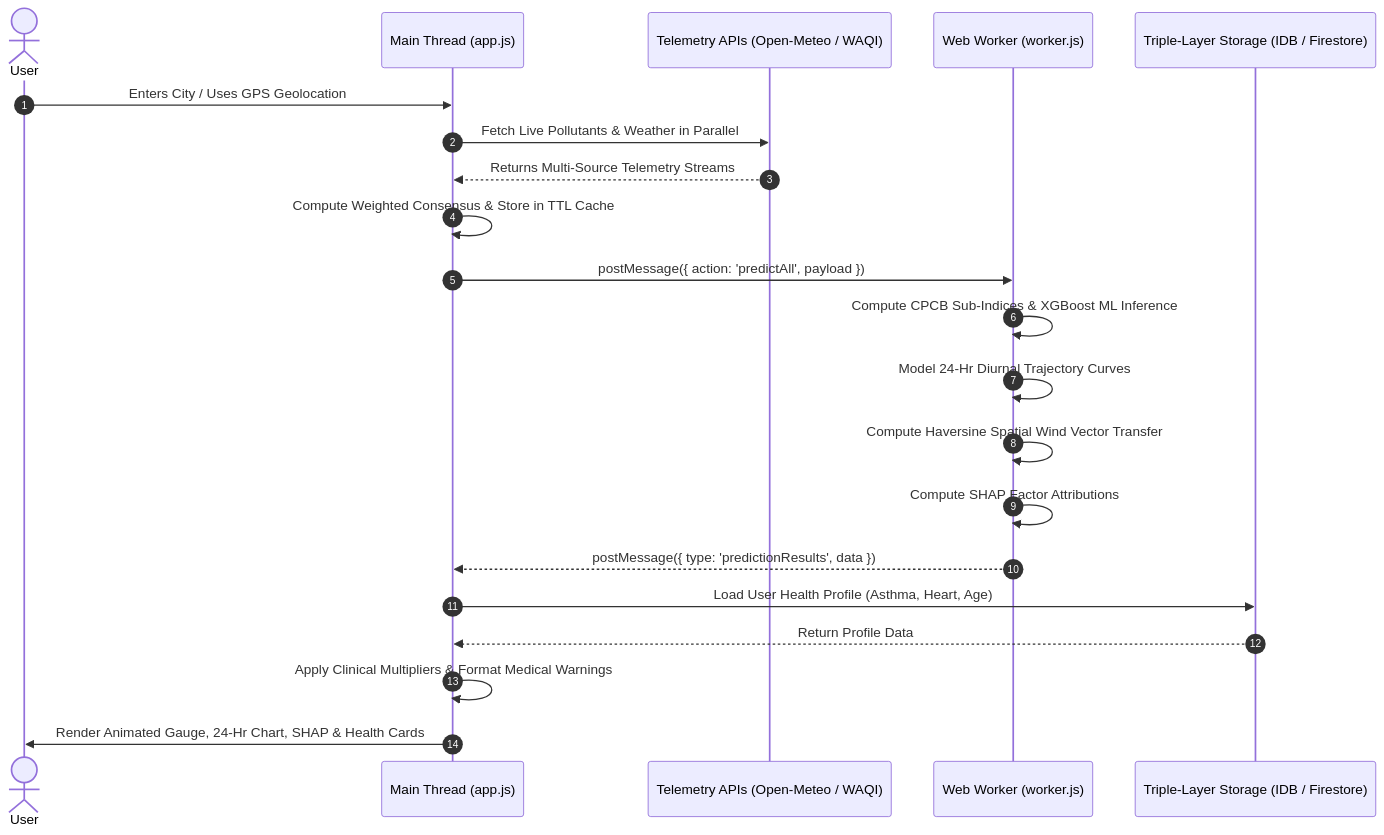
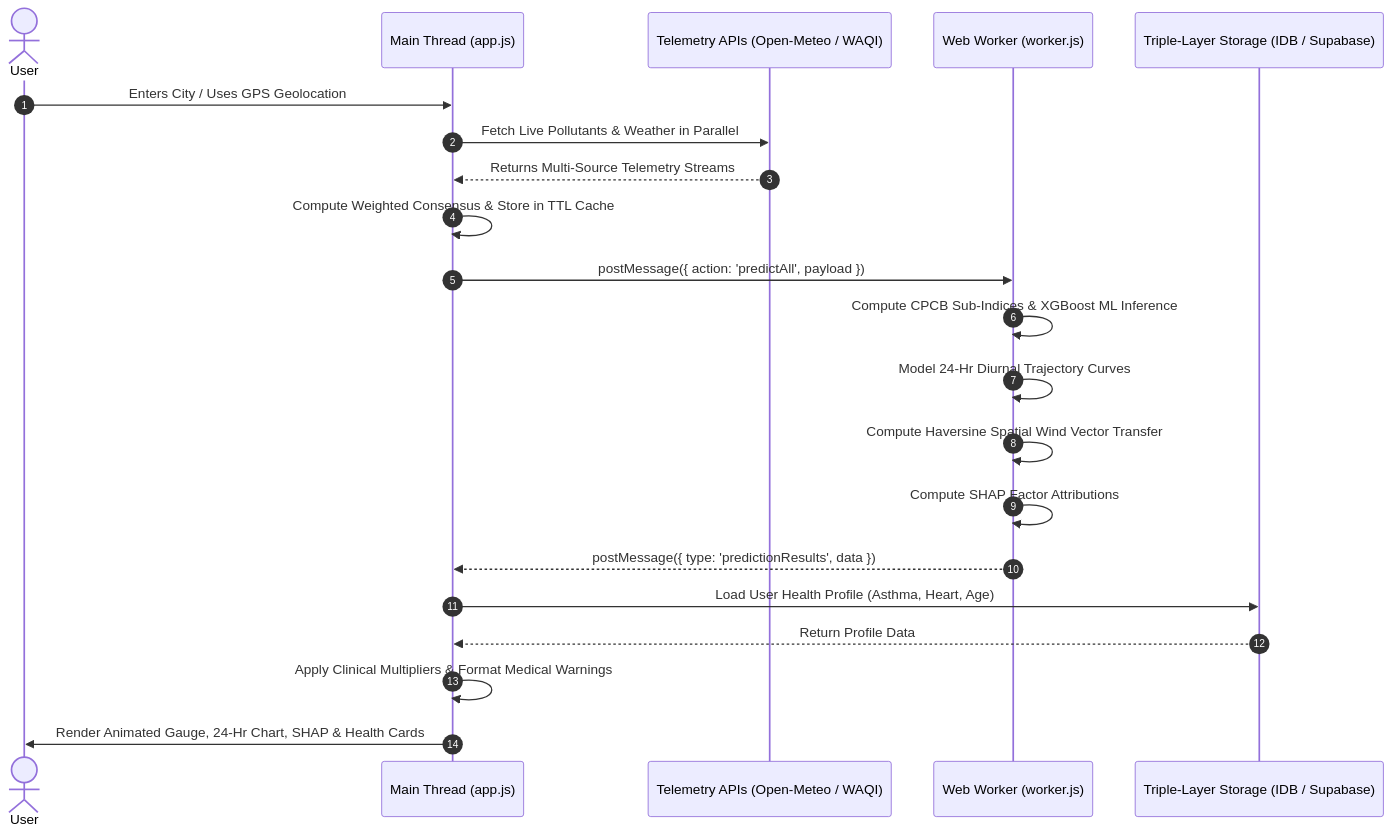
One commit to srirajpillai/AQI-Prediction changed the diagram in PROJECT_REPORT.md. Above: the diagram before and after it, drawn with Mermaid. The commit also changed other lines of this file and 3 other files, not shown here.

Commit message:
docs: synchronize all project guides, SRS and academic report with latest Supabase architecture and Font Awesome iconography

````diff
--- a/PROJECT_REPORT.md
+++ b/PROJECT_REPORT.md
@@ -487,24 +488,24 @@
 ```mermaid
 sequenceDiagram
     autonumber
     actor User
     participant Main as Main Thread (app.js)
     participant APIs as Telemetry APIs (Open-Meteo / WAQI)
     participant Worker as Web Worker (worker.js)
-    participant DB as Triple-Layer Storage (IDB / Firestore)
+    participant DB as Triple-Layer Storage (IDB / Supabase)
 
     User->>Main: Enters City / Uses GPS Geolocation
     Main->>APIs: Fetch Live Pollutants & Weather in Parallel
     APIs-->>Main: Returns Multi-Source Telemetry Streams
     Main->>Main: Compute Weighted Consensus & Store in TTL Cache
     Main->>Worker: postMessage({ action: 'predictAll', payload })
     Worker->>Worker: Compute CPCB Sub-Indices & XGBoost ML Inference
     Worker->>Worker: Model 24-Hr Diurnal Trajectory Curves
     Worker->>Worker: Compute Haversine Spatial Wind Vector Transfer
     Worker->>Worker: Compute SHAP Factor Attributions
     Worker-->>Main: postMessage({ type: 'predictionResults', data })
     Main->>DB: Load User Health Profile (Asthma, Heart, Age)
     DB-->>Main: Return Profile Data
     Main->>Main: Apply Clinical Multipliers & Format Medical Warnings
     Main->>User: Render Animated Gauge, 24-Hr Chart, SHAP & Health Cards
 ```
````
